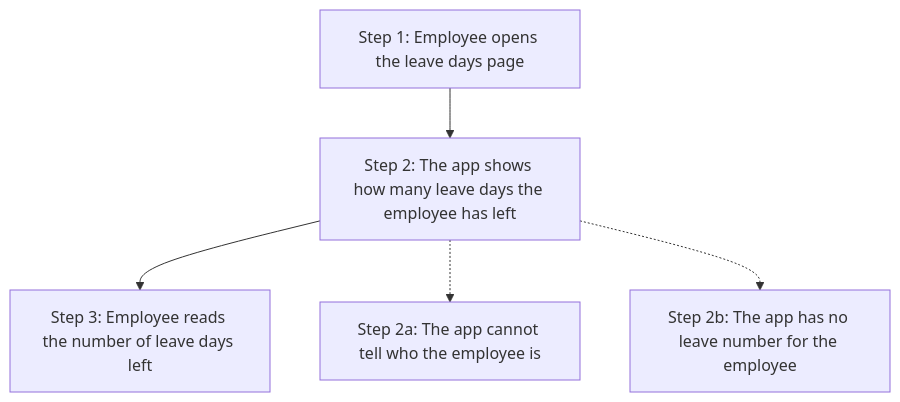
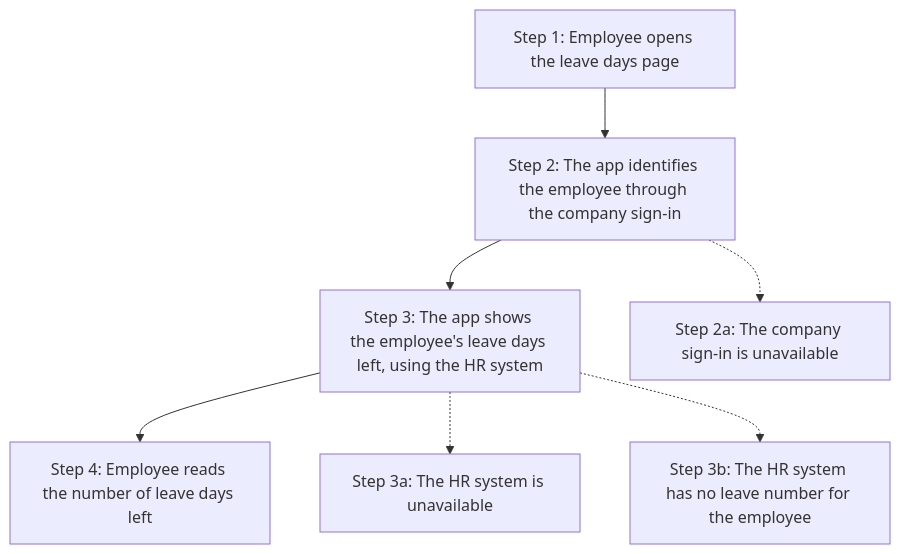
The fifth of 5 diagrams in zbrain-docs/requirements/user-journey.md (lhtshyamalshah/northstar-support-portal), drawn with Mermaid before and after one commit. The commit also changed other lines of this file and 1 other file, not shown here.

First line of the commit message:
docs(requirements): add leave days feature requirements with HR integration

````diff
--- a/zbrain-docs/requirements/user-journey.md
+++ b/zbrain-docs/requirements/user-journey.md
@@ -150,7 +152,9 @@
 ```mermaid
 flowchart TD
-  s1["Step 1: Employee opens the leave days page"] --> s2["Step 2: The app shows how many leave days the employee has left"]
-  s2 --> s3["Step 3: Employee reads the number of leave days left"]
-  s2 -.-> x2a["Step 2a: The app cannot tell who the employee is"]
-  s2 -.-> x2b["Step 2b: The app has no leave number for the employee"]
+  s1["Step 1: Employee opens the leave days page"] --> s2["Step 2: The app identifies the employee through the company sign-in"]
+  s2 --> s3["Step 3: The app shows the employee's leave days left, using the HR system"]
+  s3 --> s4["Step 4: Employee reads the number of leave days left"]
+  s2 -.-> x2a["Step 2a: The company sign-in is unavailable"]
+  s3 -.-> x3a["Step 3a: The HR system is unavailable"]
+  s3 -.-> x3b["Step 3b: The HR system has no leave number for the employee"]
 ```
````
